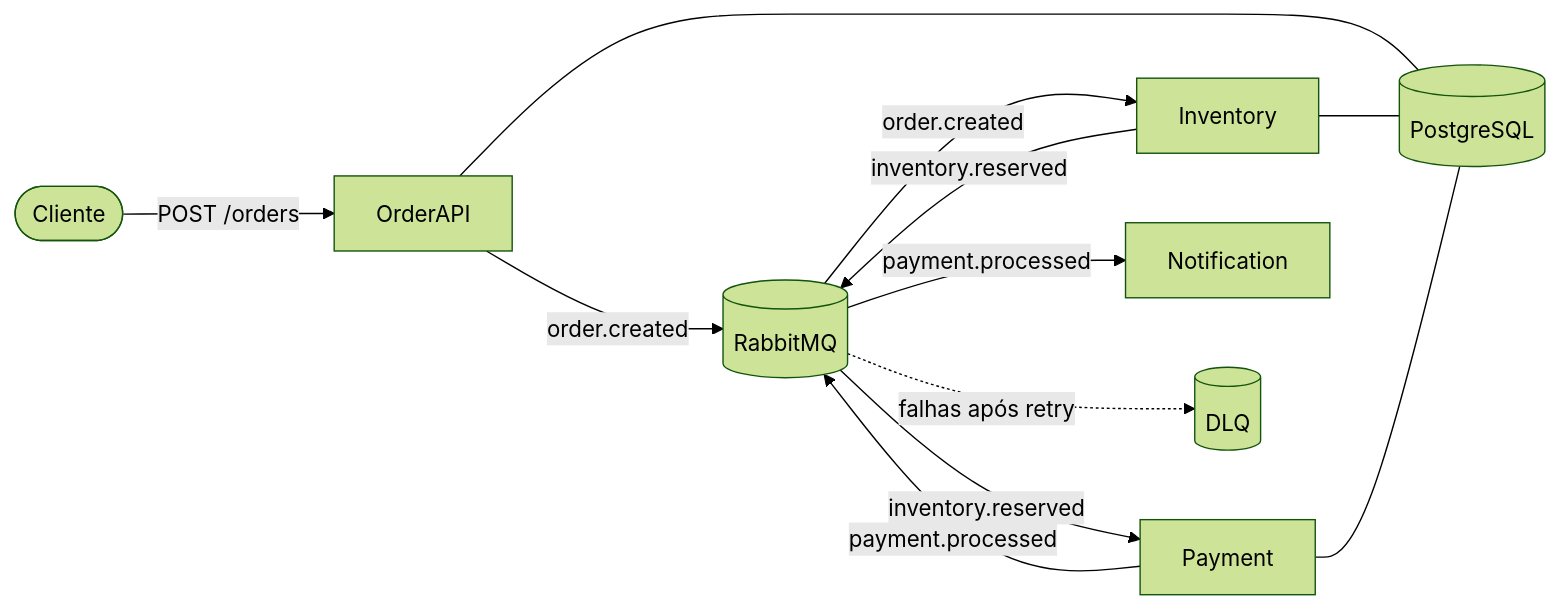
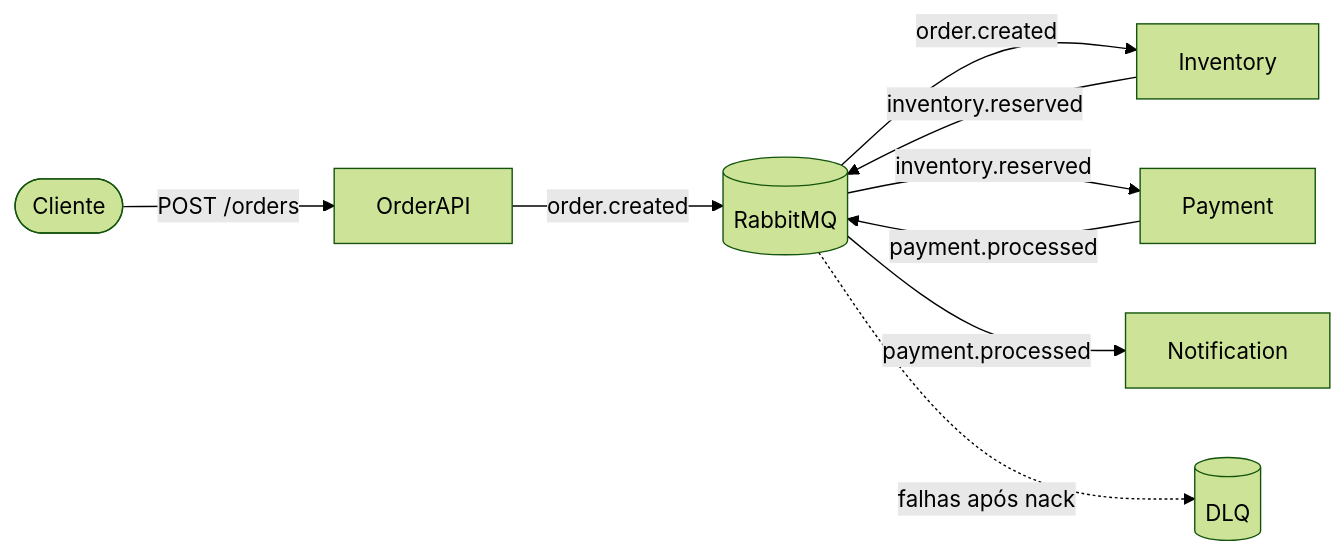
Before and after one commit to maicoqb/estudo-de-caso-arquiteturas-eda: the diagram in docs/fire-and-forget/architecture.md, drawn with Mermaid (forest theme). The commit also changed other lines of this file and 1 other file, not shown here.

````diff
--- a/docs/fire-and-forget/architecture.md
+++ b/docs/fire-and-forget/architecture.md
@@ -7,16 +7,12 @@
 ```mermaid
 graph LR
     Client([Cliente]) -->|POST /orders| OrderAPI
     OrderAPI -->|order.created| RabbitMQ[(RabbitMQ)]
     RabbitMQ -->|order.created| Inventory
     Inventory -->|inventory.reserved| RabbitMQ
     RabbitMQ -->|inventory.reserved| Payment
     Payment -->|payment.processed| RabbitMQ
     RabbitMQ -->|payment.processed| Notification
 
-    RabbitMQ -.->|falhas após retry| DLQ[(DLQ)]
-
-    OrderAPI --- PostgreSQL[(PostgreSQL)]
-    Inventory --- PostgreSQL
-    Payment --- PostgreSQL
+    RabbitMQ -.->|falhas após nack| DLQ[(DLQ)]
 ```
````
